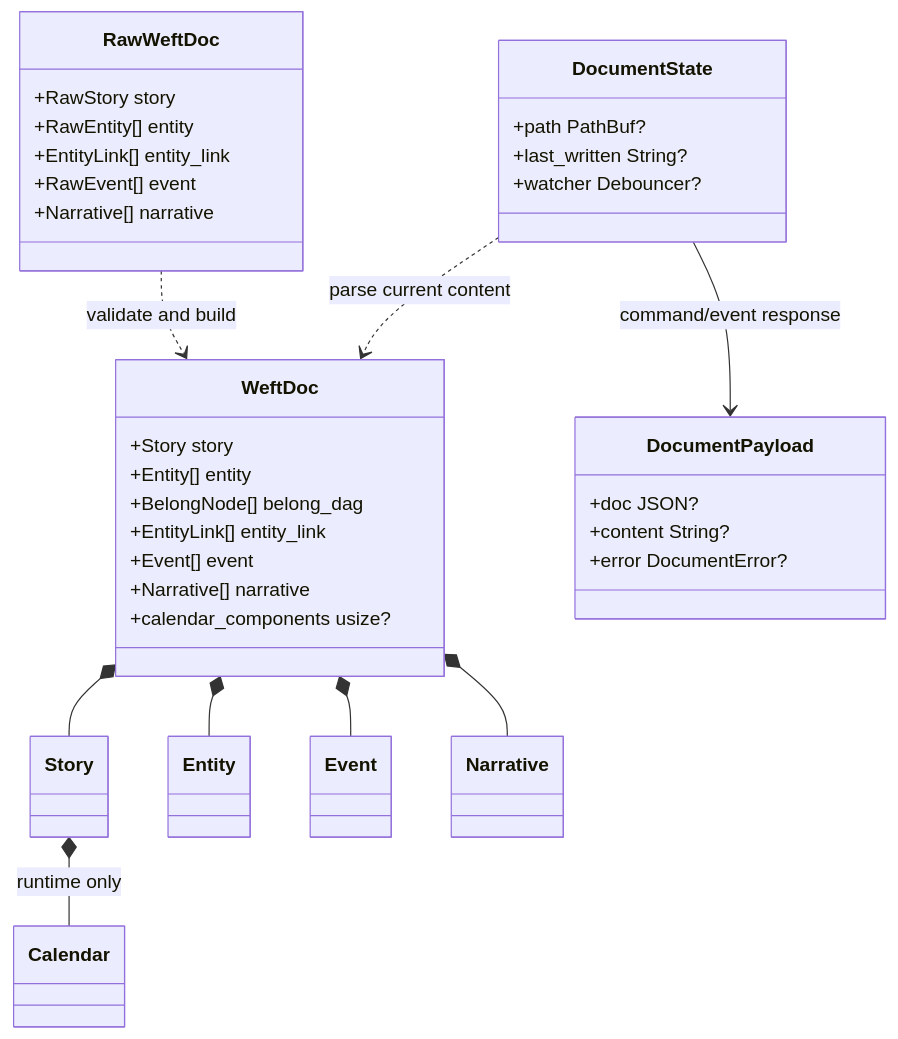
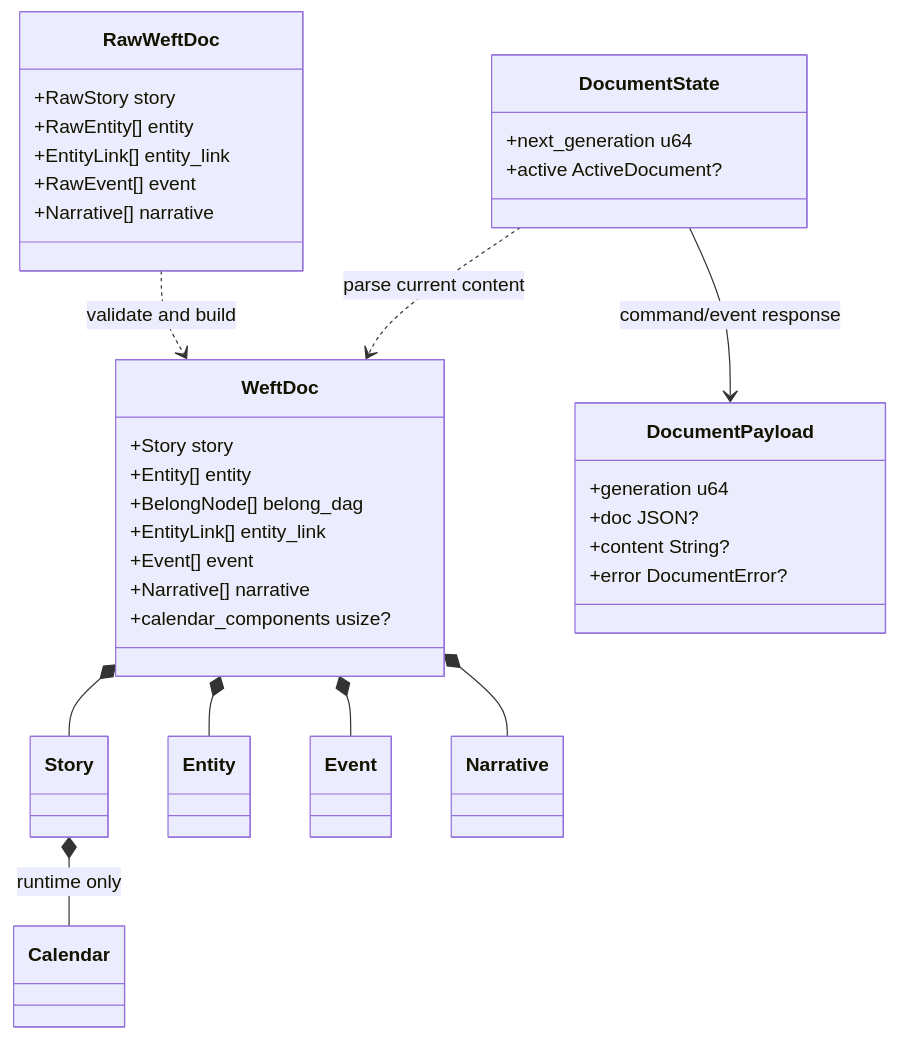
One commit to asinkLuno/weft changed the first of 2 diagrams in docs/src/design/document-pipeline.md. Above: the diagram before and after it, drawn with Mermaid. The commit also changed other lines of this file and 21 other files, not shown here.

````diff
--- a/docs/src/design/document-pipeline.md
+++ b/docs/src/design/document-pipeline.md
@@ -5,38 +5,38 @@
 ```mermaid
 classDiagram
     class RawWeftDoc {
         +RawStory story
         +RawEntity[] entity
         +EntityLink[] entity_link
         +RawEvent[] event
         +Narrative[] narrative
     }
     class WeftDoc {
         +Story story
         +Entity[] entity
         +BelongNode[] belong_dag
         +EntityLink[] entity_link
         +Event[] event
         +Narrative[] narrative
         +calendar_components usize?
     }
     class DocumentState {
-        +path PathBuf?
-        +last_written String?
-        +watcher Debouncer?
+        +next_generation u64
+        +active ActiveDocument?
     }
     class DocumentPayload {
+        +generation u64
         +doc JSON?
         +content String?
         +error DocumentError?
     }
     class Calendar
     RawWeftDoc ..> WeftDoc : validate and build
     WeftDoc *-- Story
     WeftDoc *-- Entity
     WeftDoc *-- Event
     WeftDoc *-- Narrative
     Story *-- Calendar : runtime only
     DocumentState ..> WeftDoc : parse current content
     DocumentState --> DocumentPayload : command/event response
 ```
````
